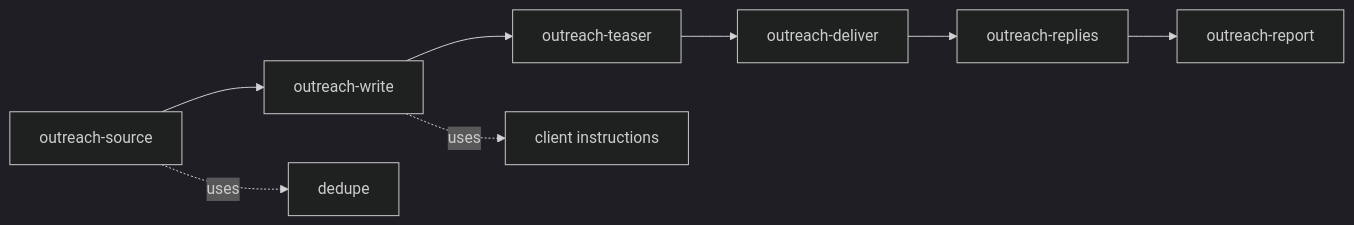
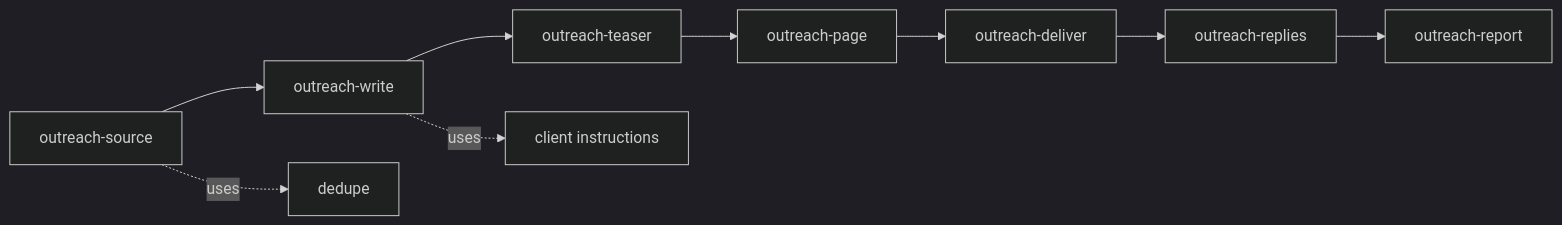
One commit to sancovp/twi-jobworld changed the diagram in skills/_OUTREACH-SKILLS.md. Above: the diagram before and after it, drawn with Mermaid (dark theme). The commit also changed other lines of this file and 10 other files, not shown here.

````diff
--- a/skills/_OUTREACH-SKILLS.md
+++ b/skills/_OUTREACH-SKILLS.md
@@ -41,6 +42,6 @@
 ```mermaid
 flowchart LR
-  S[outreach-source] --> W[outreach-write] --> T[outreach-teaser] --> D[outreach-deliver]
+  S[outreach-source] --> W[outreach-write] --> T[outreach-teaser] --> P[outreach-page] --> D[outreach-deliver]
   D --> R[outreach-replies] --> RP[outreach-report]
   S -. uses .-> dedupe; W -. uses .-> tmpl[client instructions]
 ```
````
